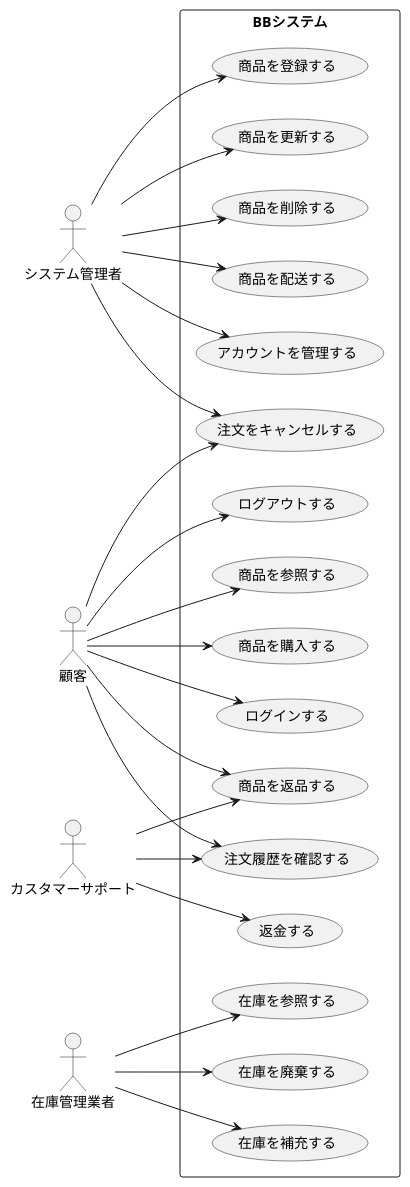
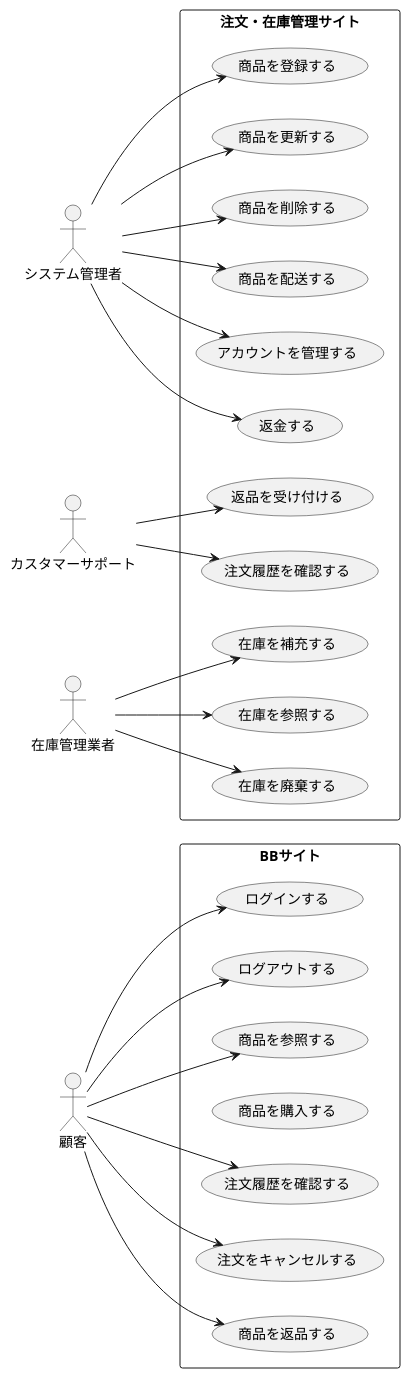
One commit to FujikawaHirono0520/group3_1_dogdog changed the diagram in BB/usecase_admin.pu. Above: the diagram before and after it, drawn with PlantUML.

Commit message:
【変更】管理サイトとユーザーのサイトを分割

```diff
--- a/BB/usecase_admin.pu
+++ b/BB/usecase_admin.pu
@@ -1,55 +1,56 @@
 @startuml BB注文管理システムユースケース図
 left to right direction
-actor システム管理者
+actor 顧客 as U
 
-actor 顧客
+actor システム管理者 as M
 
-actor カスタマーサポート
+actor カスタマーサポート as CS
 
-actor 在庫管理業者
+actor 在庫管理業者 as SM
 
 
-rectangle BBシステム {
-  usecase "商品を登録する" as UC1
-  usecase "商品を更新する" as UC2
-  usecase "商品を削除する" as UC3
-  usecase "返金する" as UC4
-  usecase "商品を配送する" as UC5
-  usecase "アカウントを管理する" as UC6
-
-  usecase "ログインする" as UC7
-  usecase "ログアウトする" as UC8
-  usecase "商品を参照する" as UC9
-  usecase "商品を購入する" as UC10
-  usecase "注文履歴を確認する" as UC11
-  usecase "注文をキャンセルする" as UC12
-  usecase "商品を返品する" as UC13
-
-  usecase "在庫を補充する" as UC14
-  usecase "在庫を参照する" as UC15
-  usecase "在庫を廃棄する" as UC16
+rectangle BBサイト {
+  usecase "ログインする" as UC1
+  usecase "ログアウトする" as UC2
+  usecase "商品を参照する" as UC3
+  usecase "商品を購入する" as UC4
+  usecase "注文履歴を確認する" as UC5
+  usecase "注文をキャンセルする" as UC6
+  usecase "商品を返品する" as UC7
 }
 
-システム管理者 --> UC1
-システム管理者 --> UC2
-システム管理者 --> UC3
-システム管理者 --> UC5
-システム管理者 --> UC6
-システム管理者 --> UC12
+rectangle 注文・在庫管理サイト {
+  usecase "商品を登録する" as UC8
+  usecase "商品を更新する" as UC9
+  usecase "商品を削除する" as UC10
+  usecase "商品を配送する" as UC11
+  usecase "アカウントを管理する" as UC12
+  usecase "返金する" as UC13
+  usecase "返品を受け付ける" as UC14
+  usecase "注文履歴を確認する" as UC15
+  usecase "在庫を補充する" as UC16
+  usecase "在庫を参照する" as UC17
+  usecase "在庫を廃棄する" as UC18
+}
 
-顧客 --> UC7
-顧客 --> UC8
-顧客 --> UC9
-顧客 --> UC10
-顧客 --> UC11
-顧客 --> UC12
-顧客 --> UC13
+U --> UC1
+U --> UC2
+U --> UC3
+U --> UC5
+U --> UC6
+U --> UC7
 
-カスタマーサポート --> UC11
-カスタマーサポート --> UC4
-カスタマーサポート --> UC13
+M --> UC8
+M --> UC9
+M --> UC10
+M --> UC11
+M --> UC12
+M --> UC13
 
-在庫管理業者 --> UC14
-在庫管理業者 --> UC15
-在庫管理業者 --> UC16
+CS --> UC14
+CS --> UC15
+
+SM --> UC16
+SM --> UC17
+SM --> UC18
 @enduml
```
